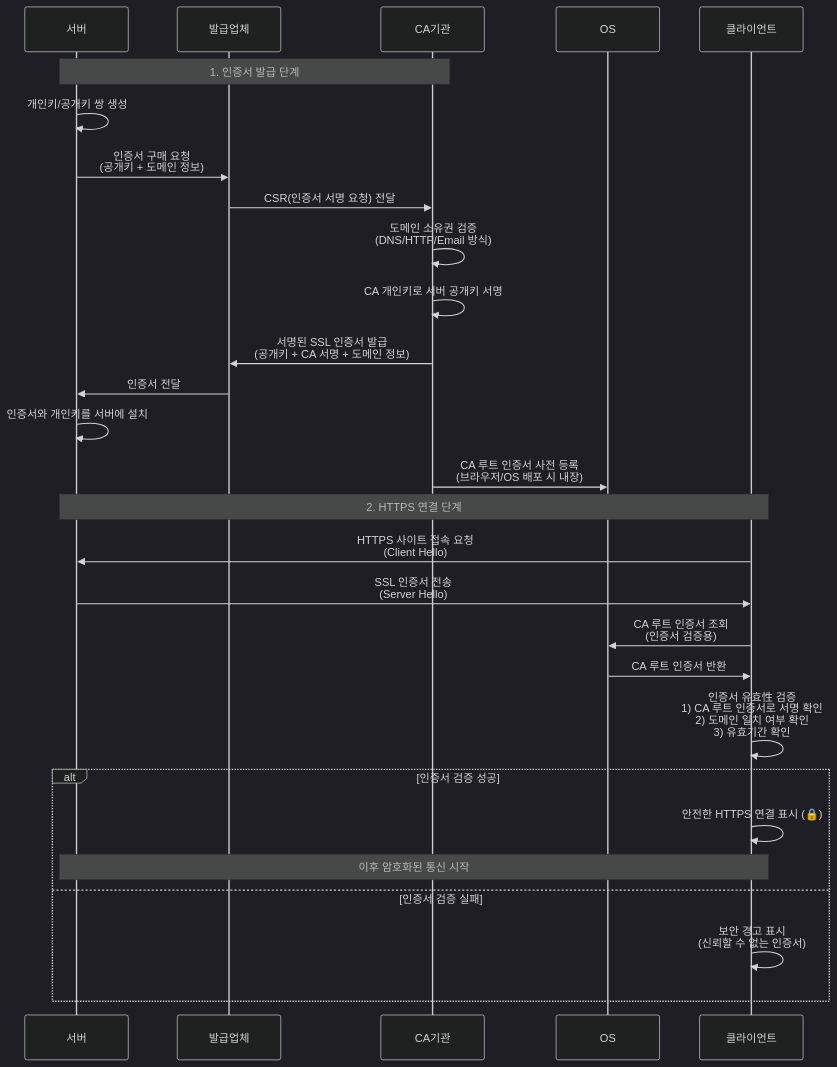
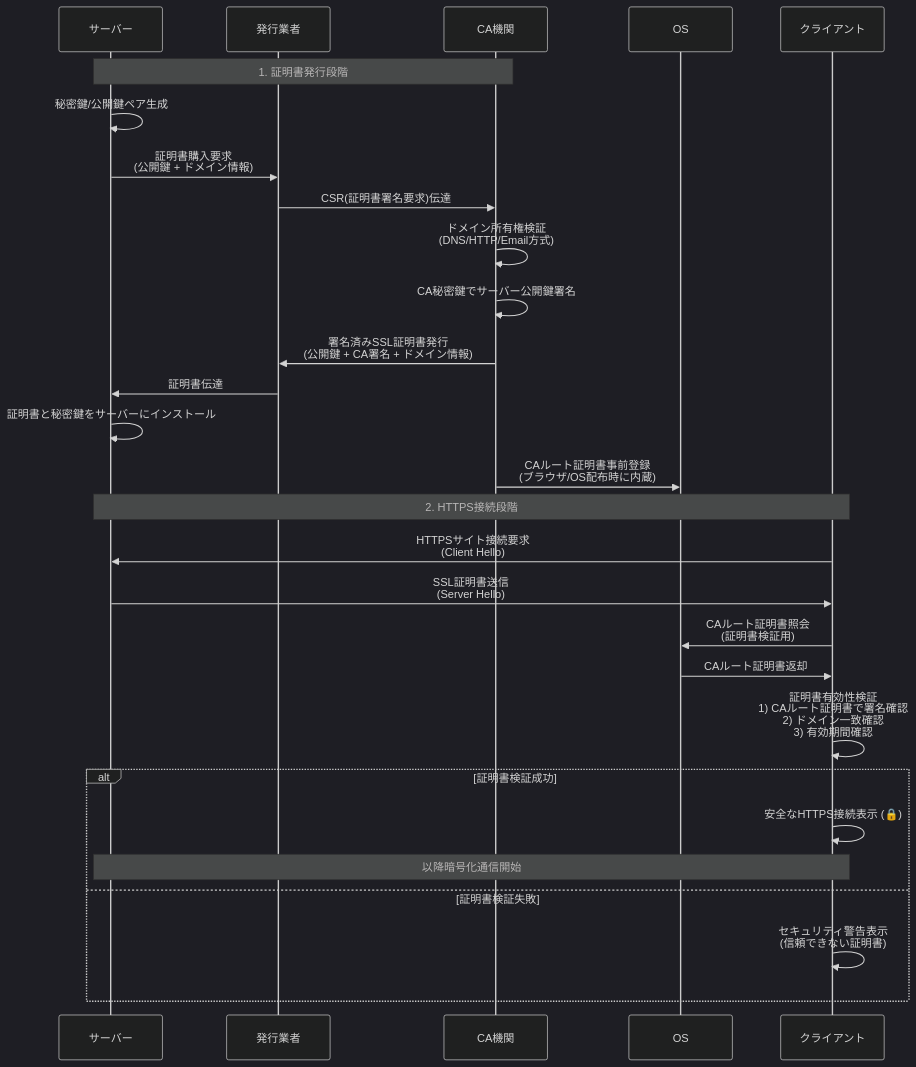
The diagram in hugo/content/notion/infra/https-tls-ssl-무료-vs-유료-인증서/index.ja.md (plzhans/hans-blog), drawn with Mermaid (dark theme) before and after one commit. The commit also changed 2 other files, not shown here.

Commit message:
fix(prompt): mermaid 부분 번역 명시

````diff
--- a/hugo/content/notion/infra/https-tls-ssl-무료-vs-유료-인증서/index.ja.md
+++ b/hugo/content/notion/infra/https-tls-ssl-무료-vs-유료-인증서/index.ja.md
@@ -50,35 +50,35 @@
 ```mermaid
 sequenceDiagram
-    participant 서버
-    participant 발급업체
-    participant CA기관
+    participant サーバー
+    participant 発行業者
+    participant CA機関
     participant OS
-    participant 클라이언트
+    participant クライアント
 
-    %% 인증서 발급 단계
-    Note over 서버,CA기관: 1. 인증서 발급 단계
-    서버->>서버: 개인키/공개키 쌍 생성
-    서버->>발급업체: 인증서 구매 요청<br/>(공개키 + 도메인 정보)
-    발급업체->>CA기관: CSR(인증서 서명 요청) 전달
-    CA기관->>CA기관: 도메인 소유권 검증<br/>(DNS/HTTP/Email 방식)
-    CA기관->>CA기관: CA 개인키로 서버 공개키 서명
-    CA기관->>발급업체: 서명된 SSL 인증서 발급<br/>(공개키 + CA 서명 + 도메인 정보)
-    발급업체->>서버: 인증서 전달
-    서버->>서버: 인증서와 개인키를 서버에 설치
-    CA기관->>OS: CA 루트 인증서 사전 등록<br/>(브라우저/OS 배포 시 내장)
+    %% 証明書発行段階
+    Note over サーバー,CA機関: 1. 証明書発行段階
+    サーバー->>サーバー: 秘密鍵/公開鍵ペア生成
+    サーバー->>発行業者: 証明書購入要求<br/>(公開鍵 + ドメイン情報)
+    発行業者->>CA機関: CSR(証明書署名要求)伝達
+    CA機関->>CA機関: ドメイン所有権検証<br/>(DNS/HTTP/Email方式)
+    CA機関->>CA機関: CA秘密鍵でサーバー公開鍵署名
+    CA機関->>発行業者: 署名済みSSL証明書発行<br/>(公開鍵 + CA署名 + ドメイン情報)
+    発行業者->>サーバー: 証明書伝達
+    サーバー->>サーバー: 証明書と秘密鍵をサーバーにインストール
+    CA機関->>OS: CAルート証明書事前登録<br/>(ブラウザ/OS配布時に内蔵)
 
-    %% HTTPS 연결 단계
-    Note over 서버,클라이언트: 2. HTTPS 연결 단계
-    클라이언트->>서버: HTTPS 사이트 접속 요청<br/>(Client Hello)
-    서버->>클라이언트: SSL 인증서 전송<br/>(Server Hello)
-    클라이언트->>OS: CA 루트 인증서 조회<br/>(인증서 검증용)
-    OS->>클라이언트: CA 루트 인증서 반환
-    클라이언트->>클라이언트: 인증서 유효性 검증<br/>1) CA 루트 인증서로 서명 확인<br/>2) 도메인 일치 여부 확인<br/>3) 유효기간 확인
+    %% HTTPS接続段階
+    Note over サーバー,クライアント: 2. HTTPS接続段階
+    クライアント->>サーバー: HTTPSサイト接続要求<br/>(Client Hello)
+    サーバー->>クライアント: SSL証明書送信<br/>(Server Hello)
+    クライアント->>OS: CAルート証明書照会<br/>(証明書検証用)
+    OS->>クライアント: CAルート証明書返却
+    クライアント->>クライアント: 証明書有効性検証<br/>1) CAルート証明書で署名確認<br/>2) ドメイン一致確認<br/>3) 有効期間確認
 
-    alt 인증서 검증 성공
-        클라이언트->>클라이언트: 안전한 HTTPS 연결 표시 (🔒)
-        Note over 서버,클라이언트: 이후 암호화된 통신 시작
-    else 인증서 검증 실패
-        클라이언트->>클라이언트: 보안 경고 표시<br/>(신뢰할 수 없는 인증서)
+    alt 証明書検証成功
+        クライアント->>クライアント: 安全なHTTPS接続表示 (🔒)
+        Note over サーバー,クライアント: 以降暗号化通信開始
+    else 証明書検証失敗
+        クライアント->>クライアント: セキュリティ警告表示<br/>(信頼できない証明書)
     end
 ```
````
